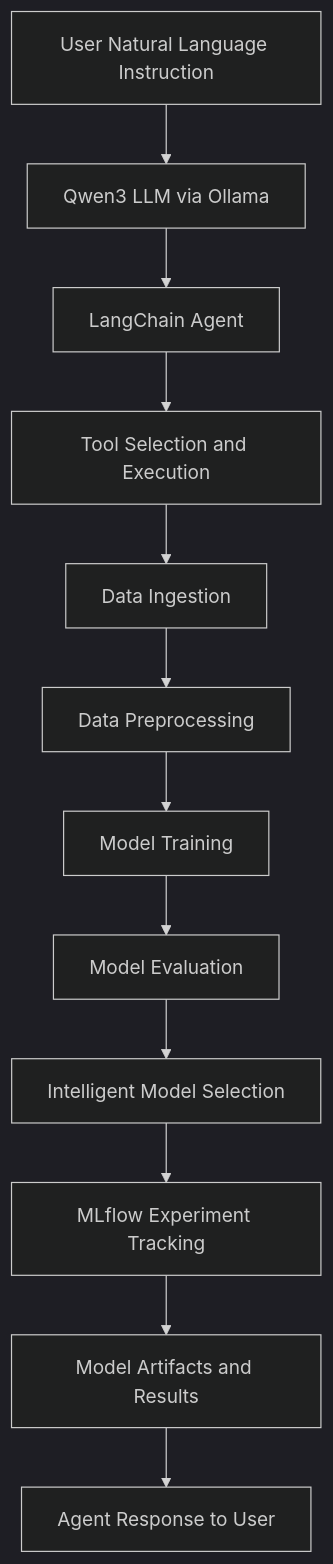
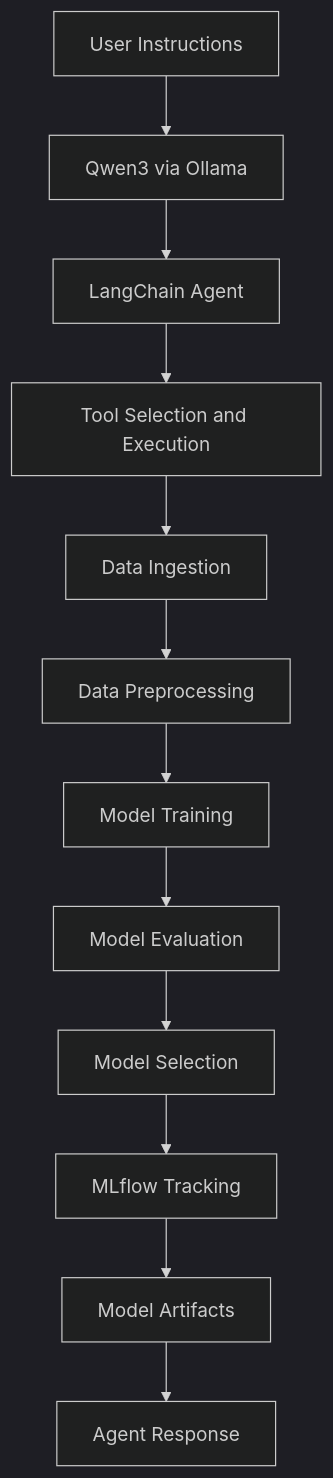
One commit to chandanc5525/Autonomous_MLOPs_Agent changed the diagram in README.md. Above: the diagram before and after it, drawn with Mermaid (dark theme). The commit also changed other lines of this file, not shown here.

````diff
--- a/README.md
+++ b/README.md
@@ -77,14 +57,14 @@
 ```mermaid
 flowchart TD
-    A["User Natural Language Instruction"] --> B["Qwen3 LLM via Ollama"]
+    A["User Instructions"] --> B["Qwen3 via Ollama"]
     B --> C["LangChain Agent"]
     C --> D["Tool Selection and Execution"]
     D --> E["Data Ingestion"]
     E --> F["Data Preprocessing"]
     F --> G["Model Training"]
     G --> H["Model Evaluation"]
-    H --> I["Intelligent Model Selection"]
-    I --> J["MLflow Experiment Tracking"]
-    J --> K["Model Artifacts and Results"]
-    K --> L["Agent Response to User"]
+    H --> I["Model Selection"]
+    I --> J["MLflow Tracking"]
+    J --> K["Model Artifacts"]
+    K --> L["Agent Response"]
 ```
````
